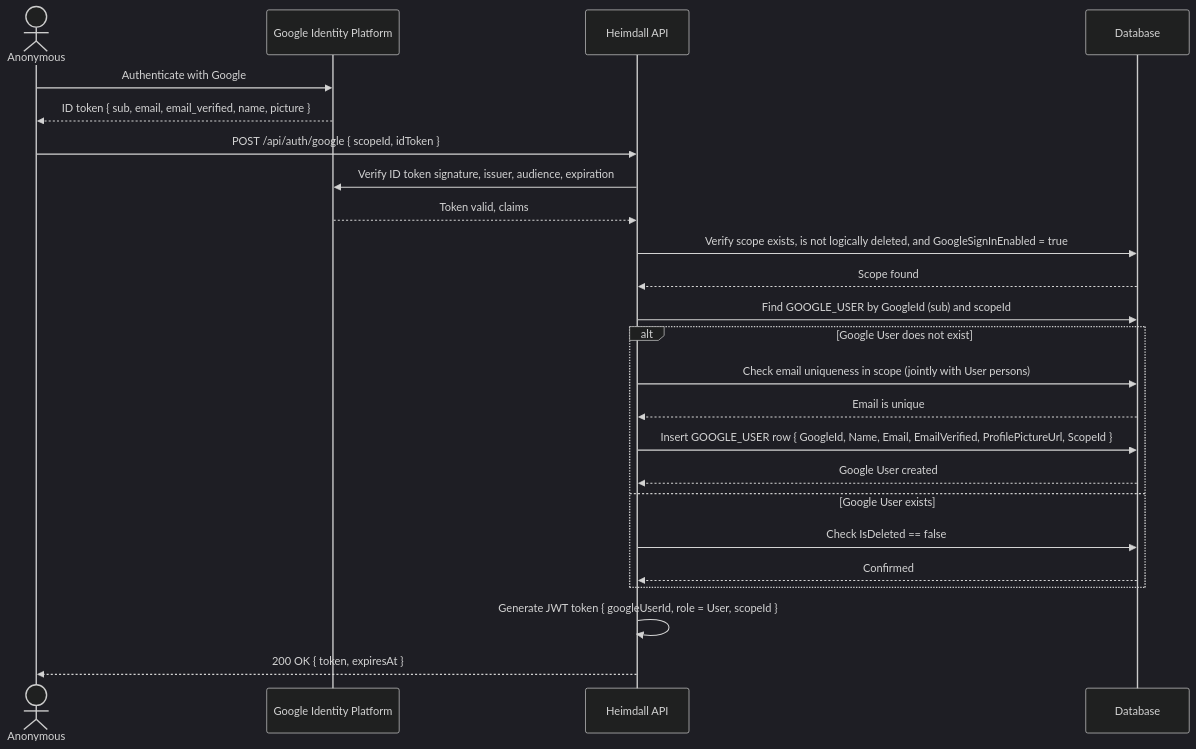
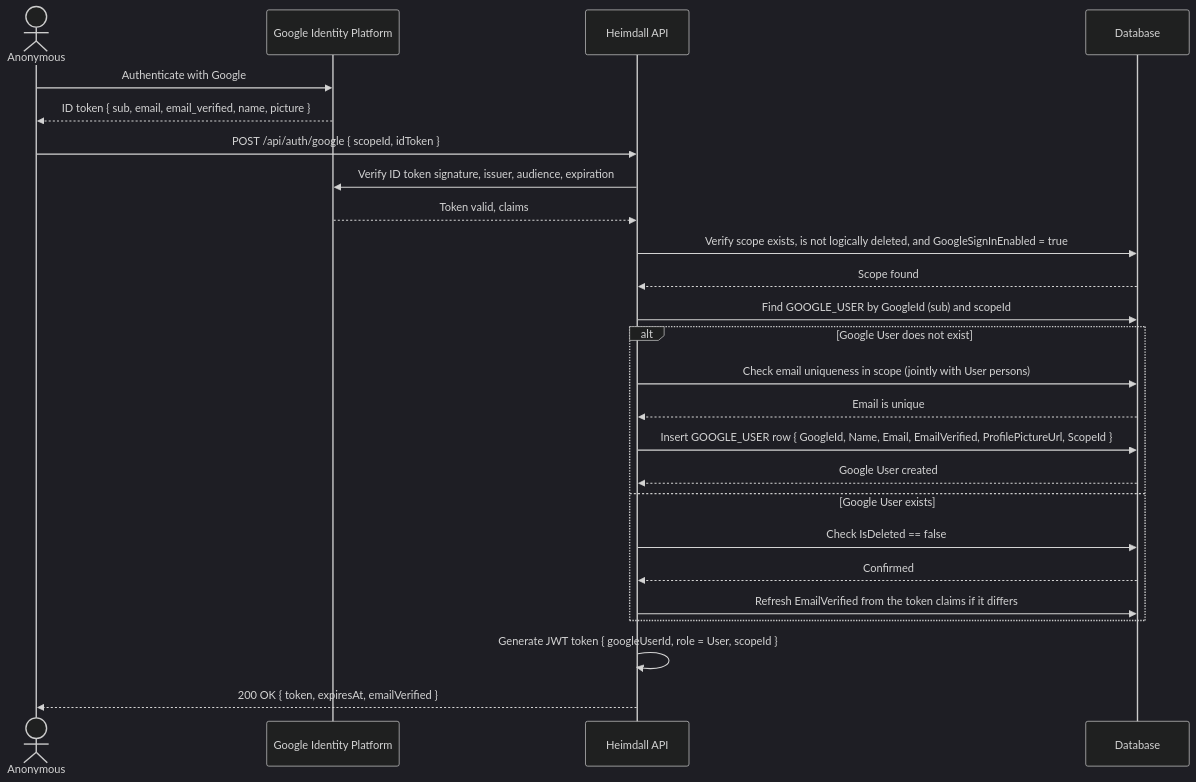
Diagram 14 of 26 in docs/requirements/Use Case Specification Document.md (artur-rios/heimdall-api), drawn with Mermaid (dark theme) before and after one commit. The commit also changed other lines of this file and 6 other files, not shown here.

````diff
--- a/docs/requirements/Use Case Specification Document.md
+++ b/docs/requirements/Use Case Specification Document.md
@@ -1225,27 +1225,28 @@
 ```mermaid
 sequenceDiagram
     actor Caller as Anonymous
     participant GIP as Google Identity Platform
     participant API as Heimdall API
     participant DB as Database
 
     Caller->>GIP: Authenticate with Google
     GIP-->>Caller: ID token { sub, email, email_verified, name, picture }
     Caller->>API: POST /api/auth/google { scopeId, idToken }
     API->>GIP: Verify ID token signature, issuer, audience, expiration
     GIP-->>API: Token valid, claims
     API->>DB: Verify scope exists, is not logically deleted, and GoogleSignInEnabled = true
     DB-->>API: Scope found
     API->>DB: Find GOOGLE_USER by GoogleId (sub) and scopeId
     alt Google User does not exist
         API->>DB: Check email uniqueness in scope (jointly with User persons)
         DB-->>API: Email is unique
         API->>DB: Insert GOOGLE_USER row { GoogleId, Name, Email, EmailVerified, ProfilePictureUrl, ScopeId }
         DB-->>API: Google User created
     else Google User exists
         API->>DB: Check IsDeleted == false
         DB-->>API: Confirmed
+        API->>DB: Refresh EmailVerified from the token claims if it differs
     end
     API->>API: Generate JWT token { googleUserId, role = User, scopeId }
-    API-->>Caller: 200 OK { token, expiresAt }
+    API-->>Caller: 200 OK { token, expiresAt, emailVerified }
 ```
````
